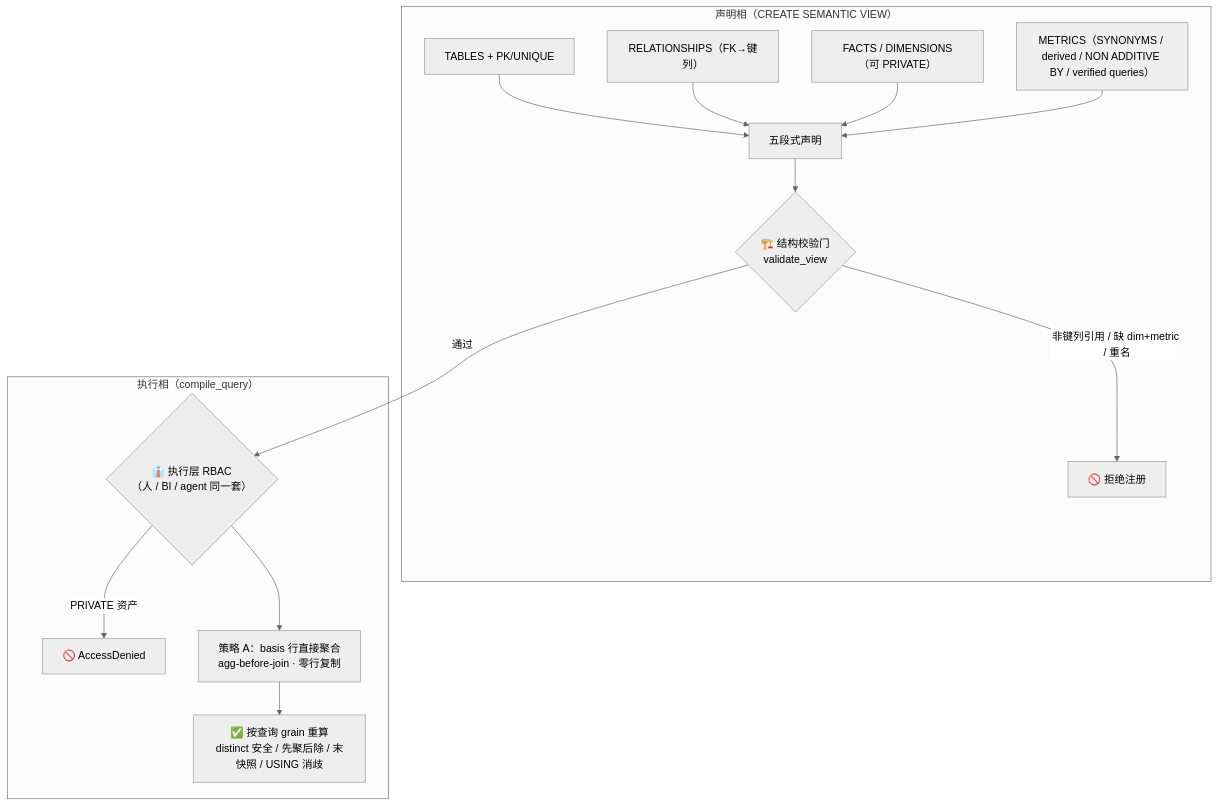
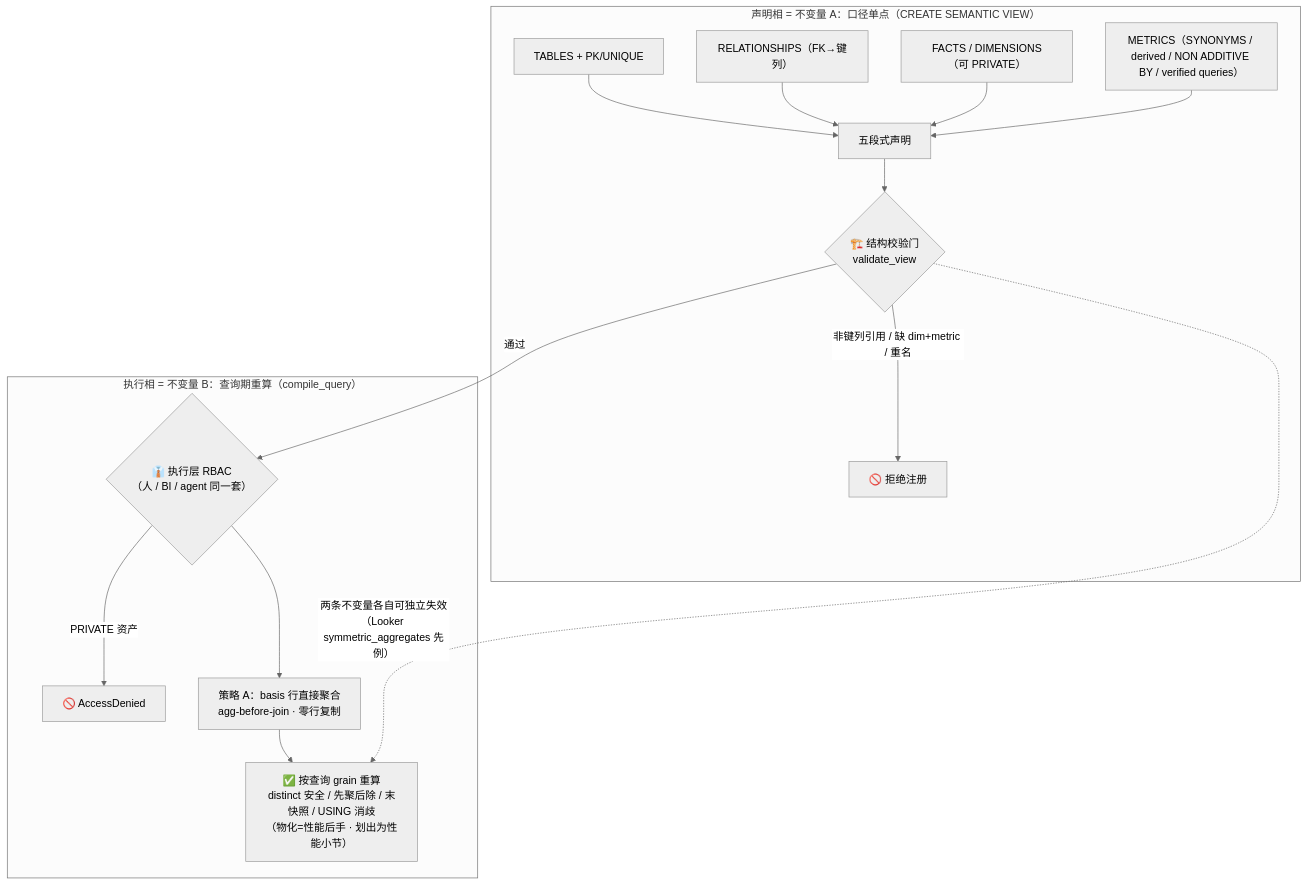
The diagram in docs/assets/mermaid/cognitive-context/horizon-context--declaration-execution.mmd (ThreeFish-AI/negentropy), drawn with Mermaid (neutral theme) before and after one commit. The commit also changed 49 other files, not shown here.

First line of the commit message:
docs(horizon-context): M 集全局重评选校准——治理族四席晋级、VQR/血缘/Agent Identity 升格、富化/检索/互操作降级专章 (#1149)

```diff
--- a/docs/assets/mermaid/cognitive-context/horizon-context--declaration-execution.mmd
+++ b/docs/assets/mermaid/cognitive-context/horizon-context--declaration-execution.mmd
@@ -1,20 +1,21 @@
-%%source: docs/research/cognitive-context/011-horizon-context.md#blockM2 (L246-L257, §4 M2 · 查询时语义正确性)
+%%source: docs/research/cognitive-context/011-horizon-context.md#blockM1 (L195-L266, §3 M1 · 语义视图：口径单点 × 查询期重算)
 %%slug: cognitive-context/horizon-context--declaration-execution
 %%type: workflow
 %%derived: archify workflow v2, authored from source mermaid
-%% fix: (2026-09-15 校准) ① OUT label 补第 5 保障 USING 消歧（正文 M2 保障 5：显式指定关联路径防 chasm trap）；② %%source 行号更新为 L246-L257（声明相校验规则另涉 M1 NOTE 内 L200-L209）
+%% fix: (2026-09-17 重评选) 原 M1+M2 合并为新 M1 双不变量机制：两 subgraph 显式标注不变量 A（口径单点）/B（查询期重算）；OUT label 补物化性能后手划出注记（物化降为 M1 性能小节，Public Preview）；%%source 重锚 L191-L262
 flowchart TB
-    subgraph "声明相（CREATE SEMANTIC VIEW）"
+    subgraph "声明相 = 不变量 A：口径单点（CREATE SEMANTIC VIEW）"
         D1["TABLES + PK/UNIQUE"] --> D5["五段式声明"]
         D2["RELATIONSHIPS（FK→键列）"] --> D5
         D3["FACTS / DIMENSIONS（可 PRIVATE）"] --> D5
         D4["METRICS（SYNONYMS / derived / NON ADDITIVE BY / verified queries）"] --> D5
         D5 --> VG{"🏗️ 结构校验门<br/>validate_view"}
         VG -->|"非键列引用 / 缺 dim+metric / 重名"| RX["🚫 拒绝注册"]
     end
-    subgraph "执行相（compile_query）"
+    subgraph "执行相 = 不变量 B：查询期重算（compile_query）"
         VG -->|"通过"| RB{"👔 执行层 RBAC<br/>（人 / BI / agent 同一套）"}
         RB -->|"PRIVATE 资产"| AX["🚫 AccessDenied"]
         RB --> AG["策略 A：basis 行直接聚合<br/>agg-before-join · 零行复制"]
-        AG --> OUT["✅ 按查询 grain 重算<br/>distinct 安全 / 先聚后除 / 末快照 / USING 消歧"]
+        AG --> OUT["✅ 按查询 grain 重算<br/>distinct 安全 / 先聚后除 / 末快照 / USING 消歧<br/>（物化=性能后手 · 划出为性能小节）"]
     end
+    VG -.->|"两条不变量各自可独立失效<br/>（Looker symmetric_aggregates 先例）"| OUT
```
